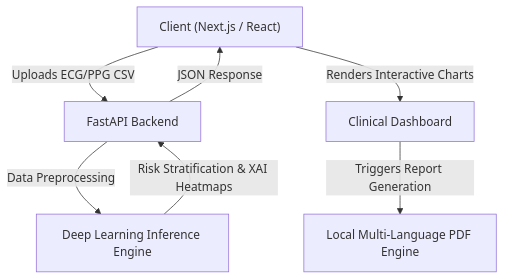
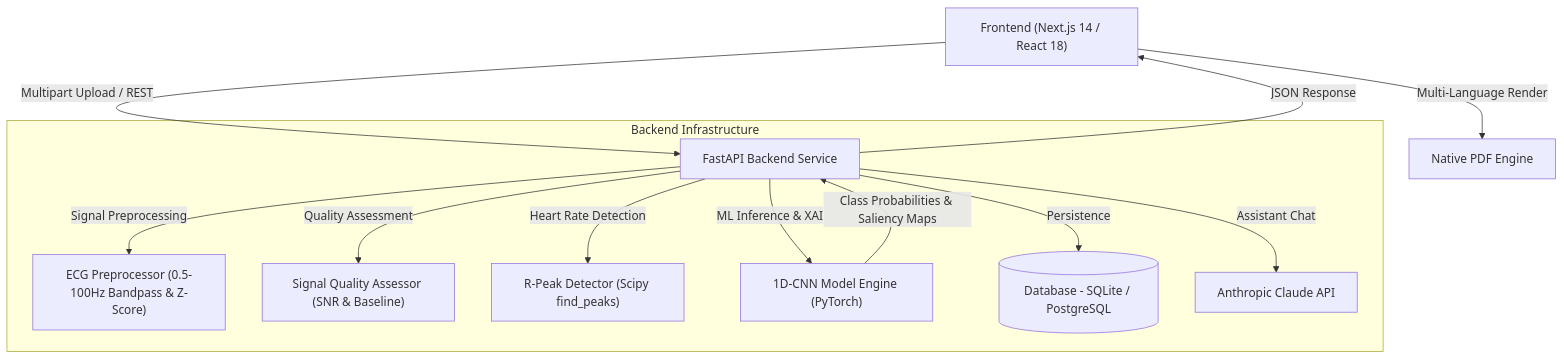
One commit to Tusharjain-19/cardiosense_ai-HackMatrix2026 changed the diagram in README.md. Above: the diagram before and after it, drawn with Mermaid. The commit also changed other lines of this file and 55 other files, not shown here.

Commit message:
feat: complete production FastAPI backend rebuild with 1D-CNN ML pipeline, database models, XAI, auth & comprehensive docs

````diff
--- a/README.md
+++ b/README.md
@@ -39,10 +44,17 @@
 ```mermaid
 graph TD;
-    Client["Client (Next.js / React)"] -->|Uploads ECG/PPG CSV| API["FastAPI Backend"];
-    API -->|Data Preprocessing| ML["Deep Learning Inference Engine"];
-    ML -->|Risk Stratification & XAI Heatmaps| API;
+    Client["Frontend (Next.js 14 / React 18)"] -->|Multipart Upload / REST| API["FastAPI Backend Service"];
+    
+    subgraph Backend Infrastructure
+        API -->|Signal Preprocessing| Prep["ECG Preprocessor (0.5-100Hz Bandpass & Z-Score)"];
+        API -->|Quality Assessment| Qual["Signal Quality Assessor (SNR & Baseline)"];
+        API -->|Heart Rate Detection| HR["R-Peak Detector (Scipy find_peaks)"];
+        API -->|ML Inference & XAI| ML["1D-CNN Model Engine (PyTorch)"];
+        API -->|Persistence| DB[(Database - SQLite / PostgreSQL)];
+        API -->|Assistant Chat| Claude["Anthropic Claude API"];
+    end
+
+    ML -->|Class Probabilities & Saliency Maps| API;
     API -->|JSON Response| Client;
-    
-    Client -->|Renders Interactive Charts| UI["Clinical Dashboard"];
-    UI -->|Triggers Report Generation| PDF["Local Multi-Language PDF Engine"];
+    Client -->|Multi-Language Render| PDF["Native PDF Engine"];
 ```
````
